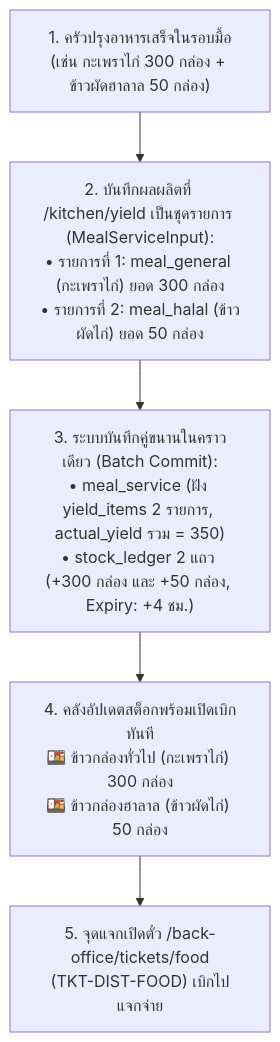
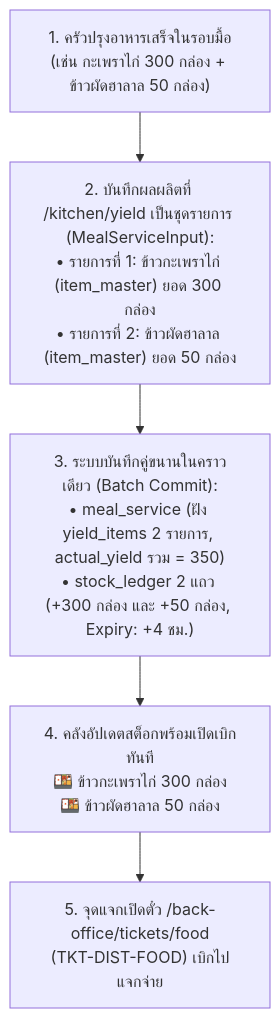
Before and after one commit to r202-coe-psu/tent: the third of 5 diagrams in docs/changes/draft-spec-ticket.md, drawn with Mermaid. The commit also changed other lines of this file and 1 other file, not shown here.

Commit message:
docs: refactor ticket spec and add draft seed item categories

````diff
--- a/docs/changes/draft-spec-ticket.md
+++ b/docs/changes/draft-spec-ticket.md
@@ -245,7 +249,7 @@
 ```mermaid
 flowchart TD
-    K1["1. ครัวปรุงอาหารเสร็จในรอบมื้อ<br/>(เช่น กะเพราไก่ 300 กล่อง + ข้าวผัดฮาลาล 50 กล่อง)"] --> K2["2. บันทึกผลผลิตที่ /kitchen/yield เป็นชุดรายการ (MealServiceInput):<br/>• รายการที่ 1: meal_general (กะเพราไก่) ยอด 300 กล่อง<br/>• รายการที่ 2: meal_halal (ข้าวผัดไก่) ยอด 50 กล่อง"]
+    K1["1. ครัวปรุงอาหารเสร็จในรอบมื้อ<br/>(เช่น กะเพราไก่ 300 กล่อง + ข้าวผัดฮาลาล 50 กล่อง)"] --> K2["2. บันทึกผลผลิตที่ /kitchen/yield เป็นชุดรายการ (MealServiceInput):<br/>• รายการที่ 1: ข้าวกะเพราไก่ (item_master) ยอด 300 กล่อง<br/>• รายการที่ 2: ข้าวผัดฮาลาล (item_master) ยอด 50 กล่อง"]
     K2 --> T1["3. ระบบบันทึกคู่ขนานในคราวเดียว (Batch Commit):<br/>• meal_service (ฝัง yield_items 2 รายการ, actual_yield รวม = 350)<br/>• stock_ledger 2 แถว (+300 กล่อง และ +50 กล่อง, Expiry: +4 ชม.)"]
-    T1 --> W1["4. คลังอัปเดตสต็อกพร้อมเปิดเบิกทันที<br/>🍱 ข้าวกล่องทั่วไป (กะเพราไก่) 300 กล่อง<br/>🍱 ข้าวกล่องฮาลาล (ข้าวผัดไก่) 50 กล่อง"]
+    T1 --> W1["4. คลังอัปเดตสต็อกพร้อมเปิดเบิกทันที<br/>🍱 ข้าวกะเพราไก่ 300 กล่อง<br/>🍱 ข้าวผัดฮาลาล 50 กล่อง"]
     W1 --> D1["5. จุดแจกเปิดตั๋ว /back-office/tickets/food<br/>(TKT-DIST-FOOD) เบิกไปแจกจ่าย"]
 ```
````
